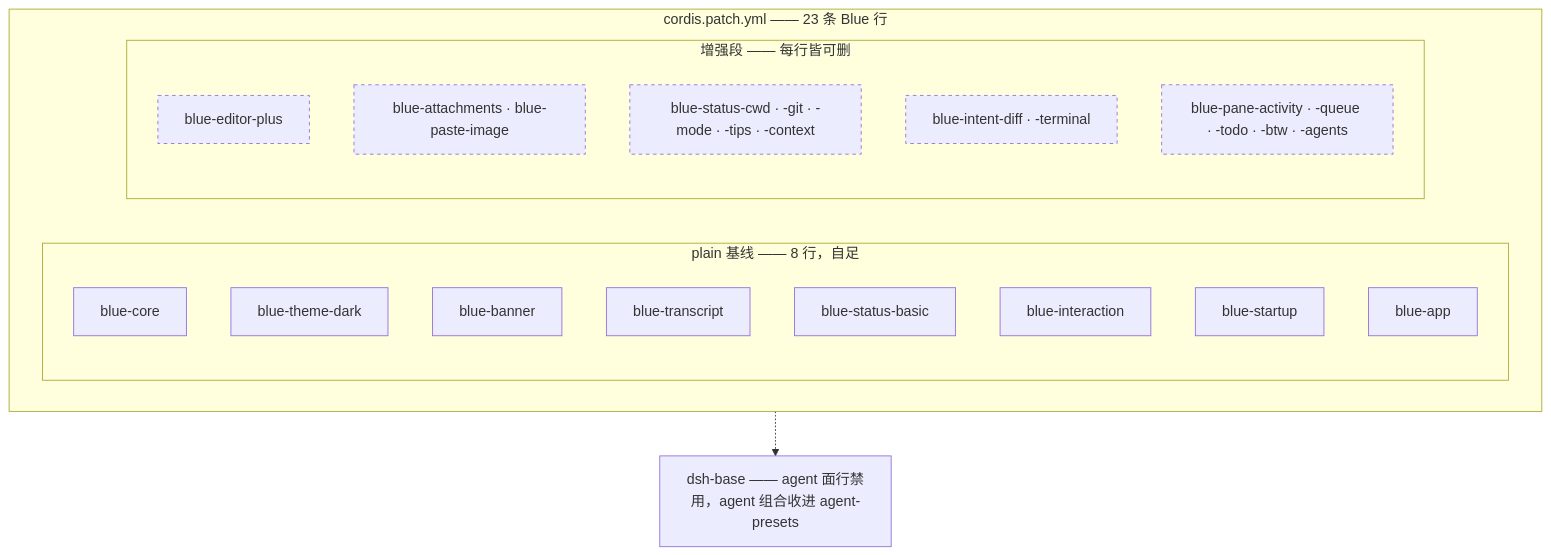
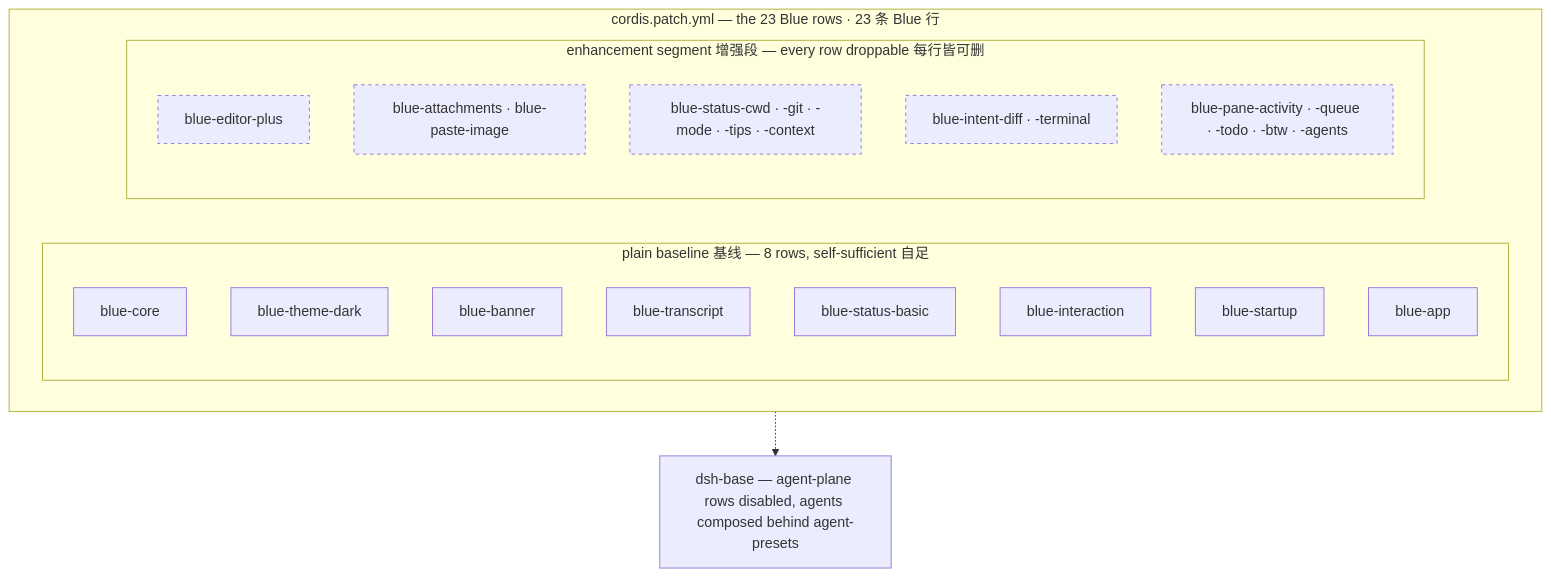
Before and after one commit to dsh-blue/blue: the second of 2 diagrams in README.zh.md, drawn with Mermaid. The commit also changed other lines of this file and 8 other files, not shown here.

First line of the commit message:
docs: single-source the mermaid diagrams (.mmd + sync script + CI gate)

````diff
--- a/README.zh.md
+++ b/README.zh.md
@@ -202,27 +207,27 @@
 ```mermaid
 flowchart TB
-    subgraph bundle["cordis.patch.yml —— 23 条 Blue 行"]
-        subgraph baseline["plain 基线 —— 8 行，自足"]
+    subgraph bundle["cordis.patch.yml — the 23 Blue rows · 23 条 Blue 行"]
+        subgraph baseline["plain baseline 基线 — 8 rows, self-sufficient 自足"]
             core["blue-core"]
             theme["blue-theme-dark"]
             banner["blue-banner"]
             transcript["blue-transcript"]
             sbasic["blue-status-basic"]
             interaction["blue-interaction"]
             startup["blue-startup"]
             bapp["blue-app"]
         end
-        subgraph enhancement["增强段 —— 每行皆可删"]
+        subgraph enhancement["enhancement segment 增强段 — every row droppable 每行皆可删"]
             editorPlus["blue-editor-plus"]
             att["blue-attachments · blue-paste-image"]
             statusEnh["blue-status-cwd · -git · -mode · -tips · -context"]
             intents["blue-intent-diff · -terminal"]
             panes["blue-pane-activity · -queue · -todo · -btw · -agents"]
         end
     end
-    dshbase["dsh-base —— agent 面行禁用，agent 组合收进 agent-presets"]
+    dshbase["dsh-base — agent-plane rows disabled, agents composed behind agent-presets"]
     bundle -.-> dshbase
 
     classDef optional stroke-dasharray: 4 4;
     class editorPlus,att,statusEnh,intents,panes optional;
 ```
````
